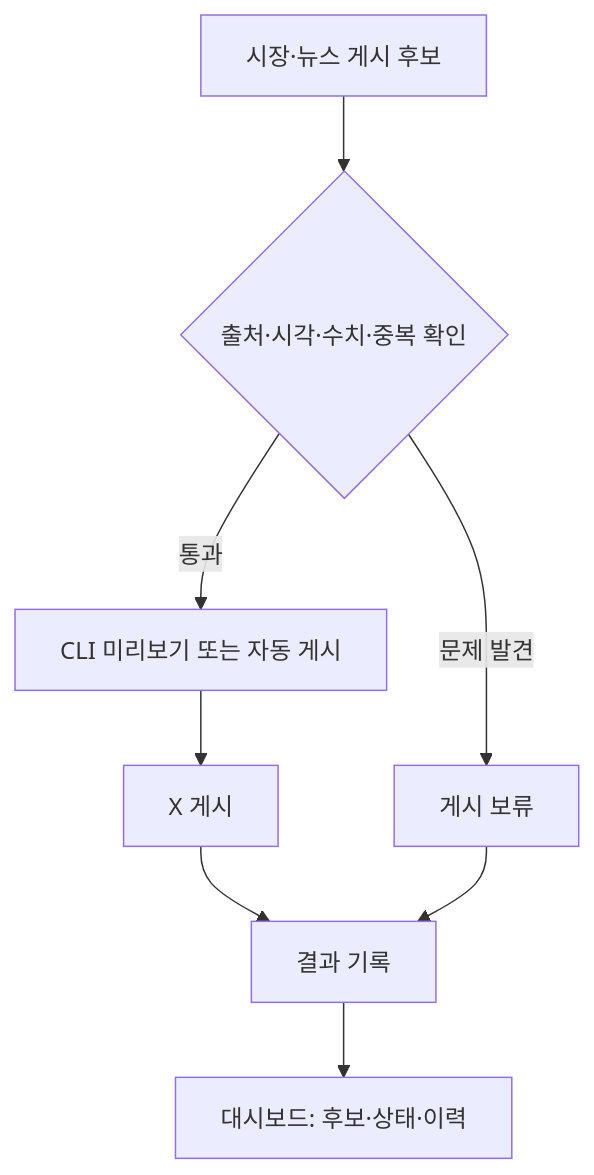
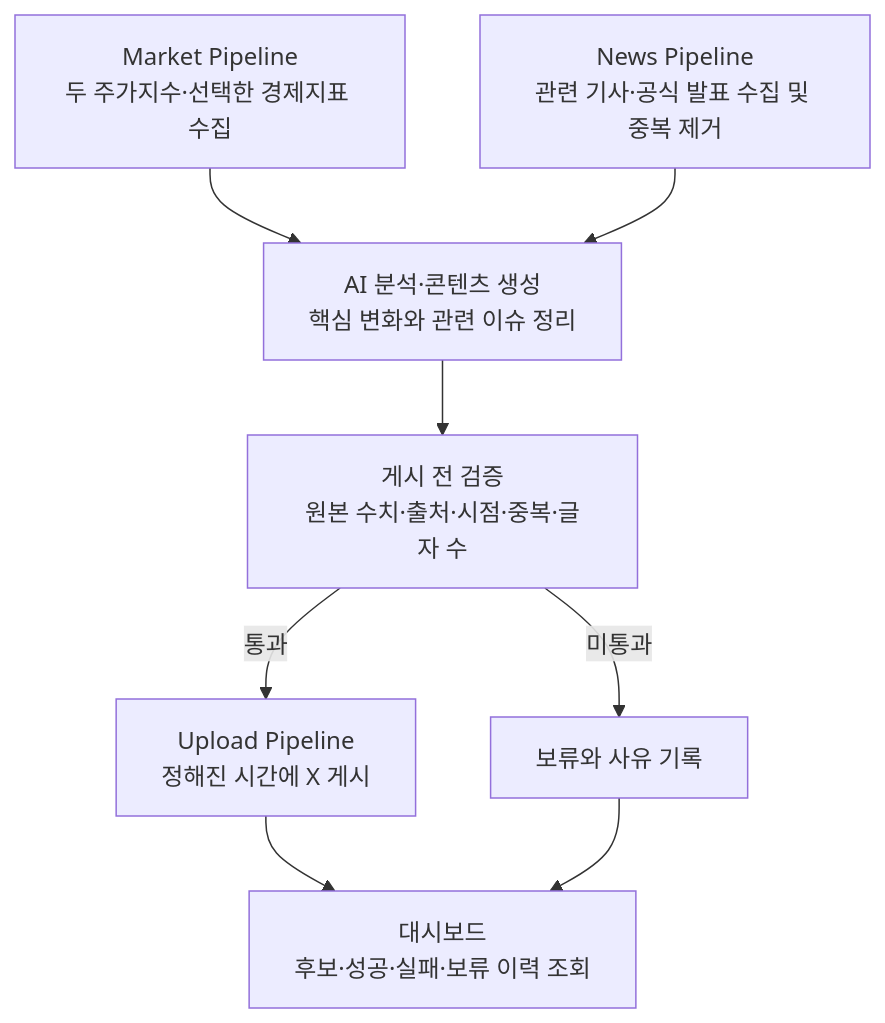
One commit to luvulmi/xfolio changed the diagram in tasks/progress/2026-10-18.md. Above: the diagram before and after it, drawn with Mermaid. The commit also changed other lines of this file and 4 other files, not shown here.

````diff
--- a/tasks/progress/2026-10-18.md
+++ b/tasks/progress/2026-10-18.md
@@ -34,10 +53,10 @@
 ```mermaid
-flowchart TB
-    C["시장·뉴스 게시 후보"] --> V{"출처·시각·수치·중복 확인"}
-    V -->|통과| P["CLI 미리보기 또는 자동 게시"]
-    P --> X["X 게시"]
-    V -->|문제 발견| H["게시 보류"]
-    X --> R["결과 기록"]
-    H --> R
-    R --> D["대시보드: 후보·상태·이력"]
+flowchart TD
+    M["Market Pipeline<br/>두 주가지수·선택한 경제지표 수집"] --> A["AI 분석·콘텐츠 생성<br/>핵심 변화와 관련 이슈 정리"]
+    N["News Pipeline<br/>관련 기사·공식 발표 수집 및 중복 제거"] --> A
+    A --> V["게시 전 검증<br/>원본 수치·출처·시점·중복·글자 수"]
+    V -->|통과| U["Upload Pipeline<br/>정해진 시간에 X 게시"]
+    V -->|미통과| H["보류와 사유 기록"]
+    U --> D["대시보드<br/>후보·성공·실패·보류 이력 조회"]
+    H --> D
 ```
````
